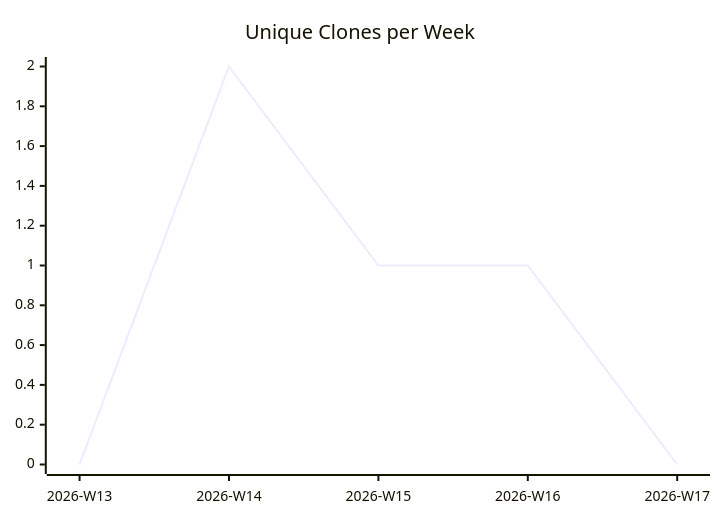
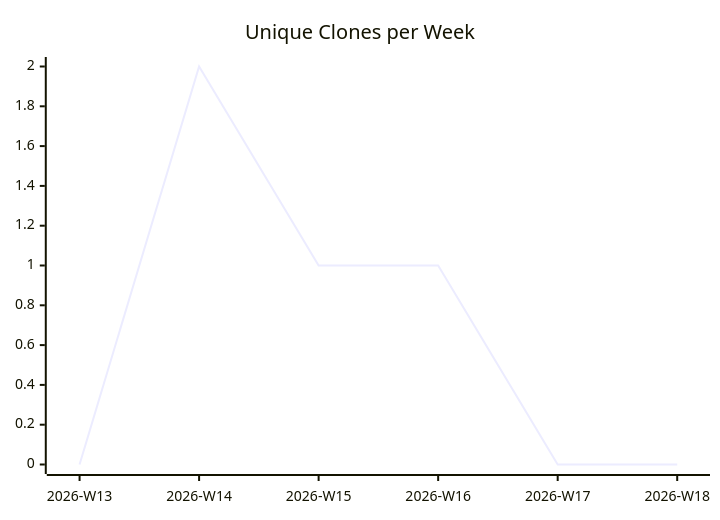
One commit to justdavis-family/github-analytics-data changed the third of 3 diagrams in karlmdavis/todoist-ai/README.md. Above: the diagram before and after it, drawn with Mermaid. The commit also changed other lines of this file and 184 other files, not shown here.

````diff
--- a/karlmdavis/todoist-ai/README.md
+++ b/karlmdavis/todoist-ai/README.md
@@ -19,6 +19,6 @@
 ```mermaid
 xychart-beta
   title "Unique Clones per Week"
-  x-axis ["2026-W13", "2026-W14", "2026-W15", "2026-W16", "2026-W17"]
-  line [0, 2, 1, 1, 0]
+  x-axis ["2026-W13", "2026-W14", "2026-W15", "2026-W16", "2026-W17", "2026-W18"]
+  line [0, 2, 1, 1, 0, 0]
 ```
````
